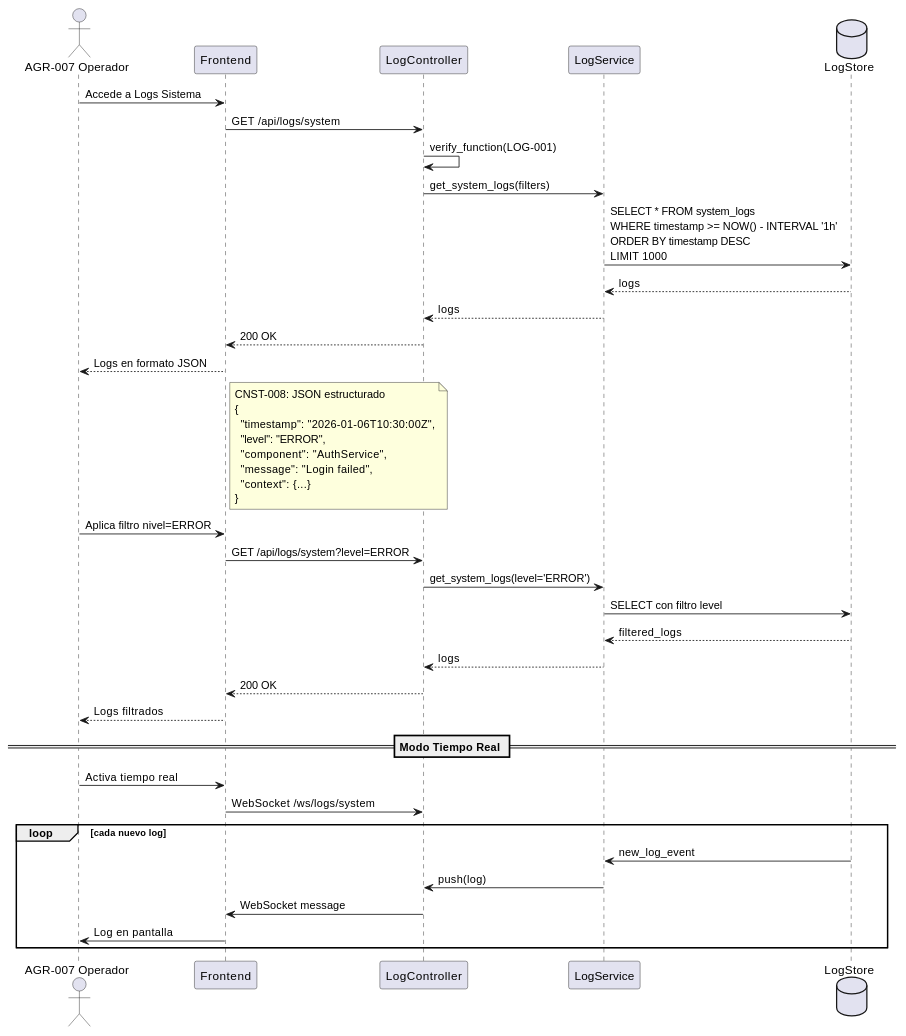
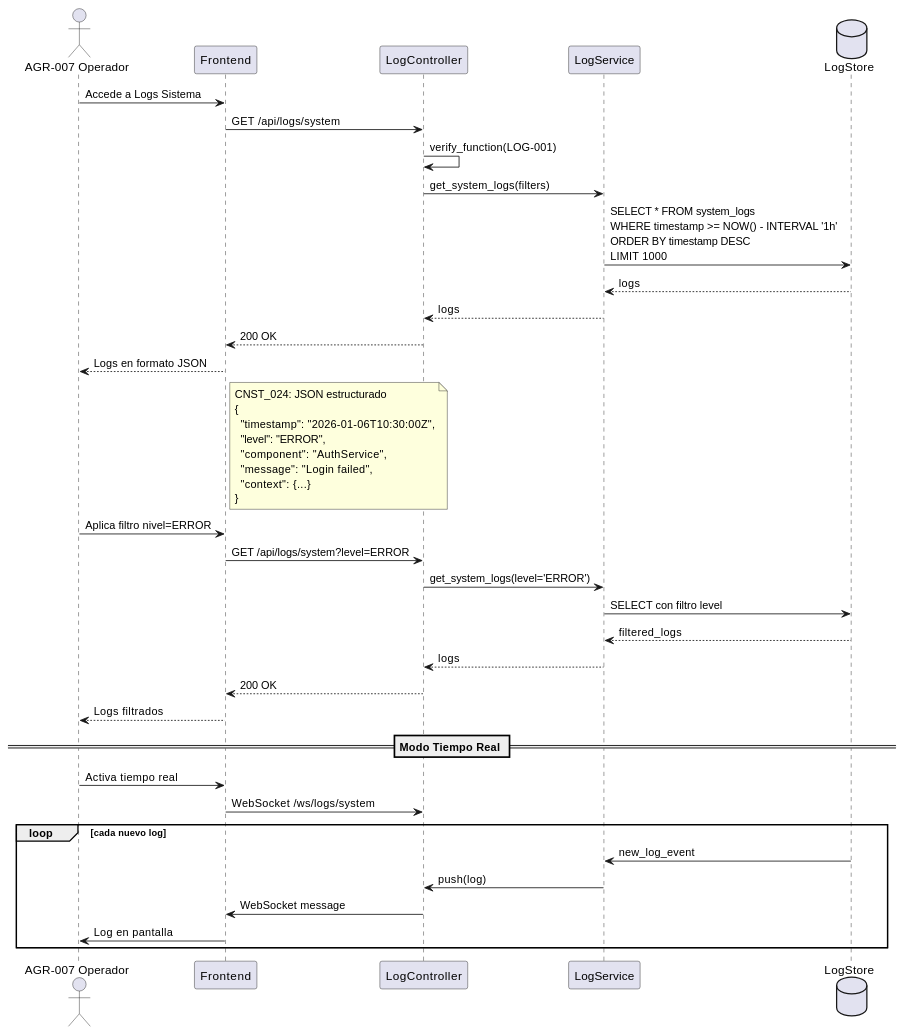
Before and after one commit to jcg-admin/IACT-docs: the second of 3 diagrams in source/requisitos/casos_uso/logs/UC_LOG_01_Consultar_Logs_Sistema.rst, drawn with PlantUML. The commit also changed other lines of this file and 67 other files, not shown here.

```diff
--- a/source/requisitos/casos_uso/logs/UC_LOG_01_Consultar_Logs_Sistema.rst
+++ b/source/requisitos/casos_uso/logs/UC_LOG_01_Consultar_Logs_Sistema.rst
@@ -155,52 +155,52 @@
 .. uml::
    :caption: Diagrama de Secuencia - UC_LOG_01
 
    @startuml
    actor "AGR-007 Operador" as O
    participant "Frontend" as FE
    participant "LogController" as LC
    participant "LogService" as LS
    database "LogStore" as DB
 
    O -> FE: Accede a Logs Sistema
    FE -> LC: GET /api/logs/system
    LC -> LC: verify_function(LOG-001)
 
    LC -> LS: get_system_logs(filters)
    LS -> DB: SELECT * FROM system_logs\nWHERE timestamp >= NOW() - INTERVAL '1h'\nORDER BY timestamp DESC\nLIMIT 1000
    DB --> LS: logs
    LS --> LC: logs
    LC --> FE: 200 OK
    FE --> O: Logs en formato JSON
 
    note right of FE
-     CNST-008: JSON estructurado
+     CNST_024: JSON estructurado
      {
        "timestamp": "2026-01-06T10:30:00Z",
        "level": "ERROR",
        "component": "AuthService",
        "message": "Login failed",
        "context": {...}
      }
    end note
 
    O -> FE: Aplica filtro nivel=ERROR
    FE -> LC: GET /api/logs/system?level=ERROR
    LC -> LS: get_system_logs(level='ERROR')
    LS -> DB: SELECT con filtro level
    DB --> LS: filtered_logs
    LS --> LC: logs
    LC --> FE: 200 OK
    FE --> O: Logs filtrados
 
    == Modo Tiempo Real ==
 
    O -> FE: Activa tiempo real
    FE -> LC: WebSocket /ws/logs/system
    loop cada nuevo log
      DB -> LS: new_log_event
      LS -> LC: push(log)
      LC -> FE: WebSocket message
      FE -> O: Log en pantalla
    end
    @enduml
```
